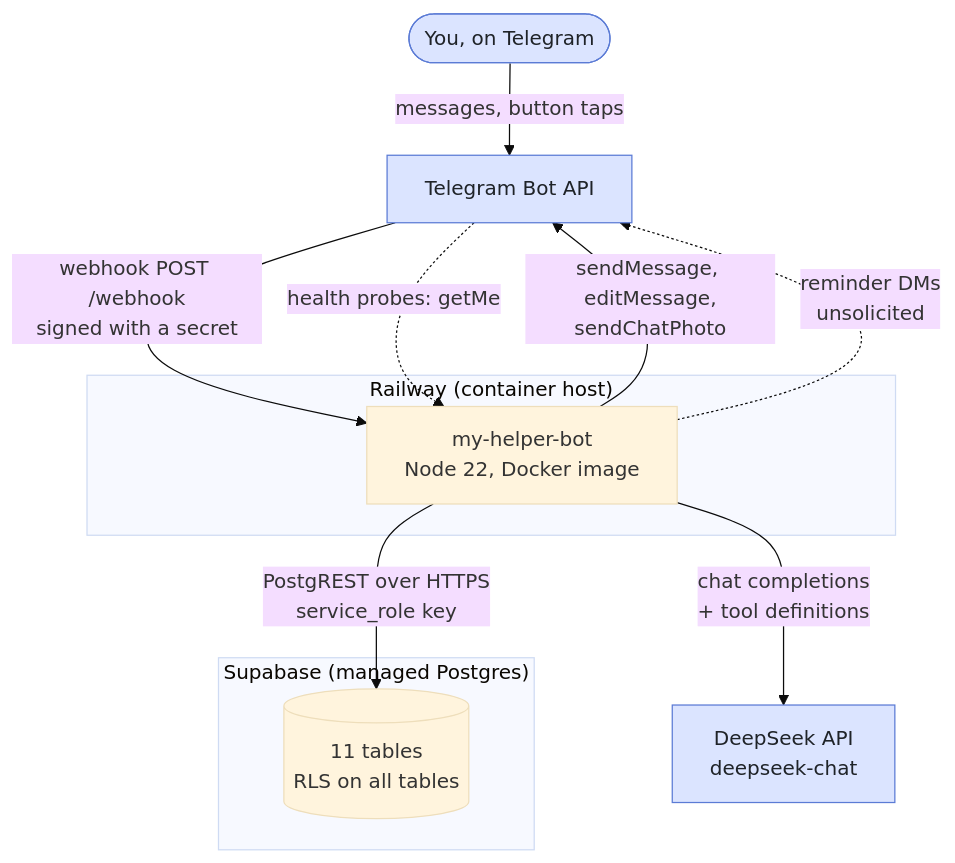
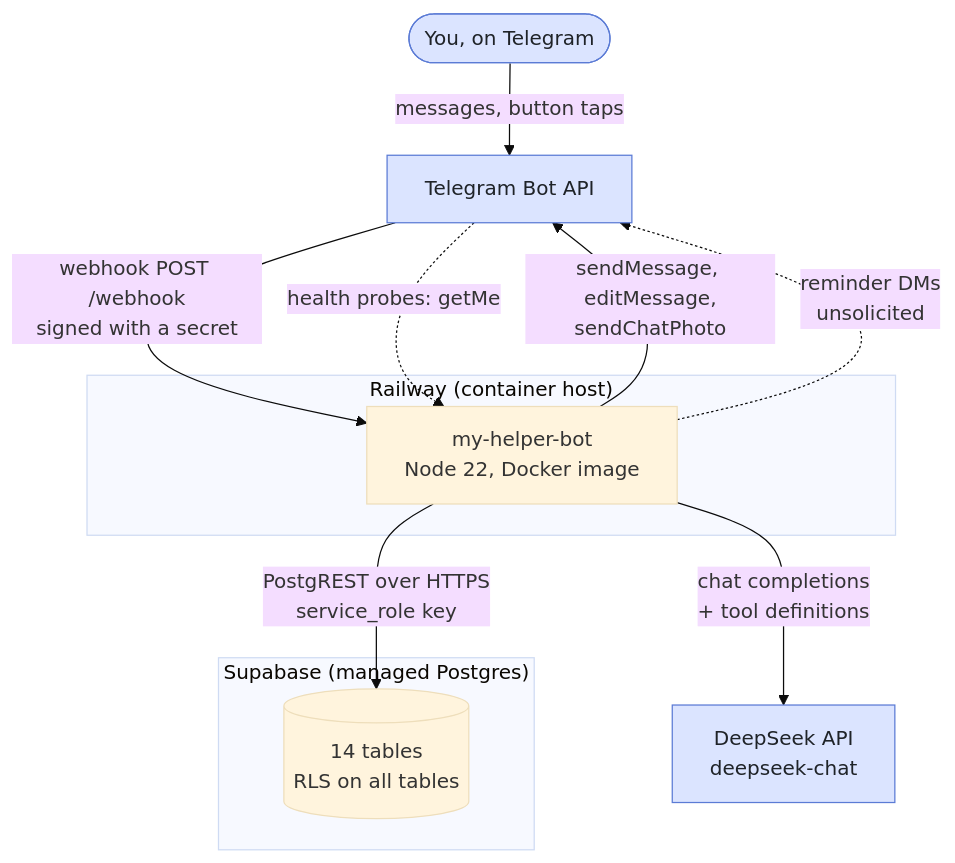
One commit to e1010101/my-helper changed the first of 11 diagrams in docs/architecture.md. Above: the diagram before and after it, drawn with Mermaid (base theme). The commit also changed other lines of this file and 26 other files, not shown here.

````diff
--- a/docs/architecture.md
+++ b/docs/architecture.md
@@ -67,26 +69,26 @@
 ```mermaid
 flowchart TB
     User(["You, on Telegram"])
 
     subgraph Railway["Railway (container host)"]
         Bot["my-helper-bot<br/>Node 22, Docker image"]
     end
 
     subgraph Supabase["Supabase (managed Postgres)"]
-        PG[("11 tables<br/>RLS on all tables")]
+        PG[("14 tables<br/>RLS on all tables")]
     end
 
     DeepSeek["DeepSeek API<br/>deepseek-chat"]
     TG["Telegram Bot API"]
 
     User -->|"messages, button taps"| TG
     TG -->|"webhook POST /webhook<br/>signed with a secret"| Bot
     TG -.->|"health probes: getMe"| Bot
     Bot -->|"sendMessage, editMessage,<br/>sendChatPhoto"| TG
     Bot -->|"PostgREST over HTTPS<br/>service_role key"| PG
     Bot -->|"chat completions<br/>+ tool definitions"| DeepSeek
     Bot -.->|"reminder DMs<br/>unsolicited"| TG
 
     classDef external fill:#dbe4ff,stroke:#5b7bd5,color:#1f2328
     class User,DeepSeek,TG external
 ```
````
